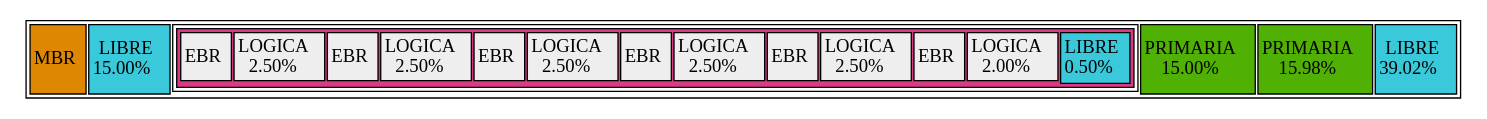
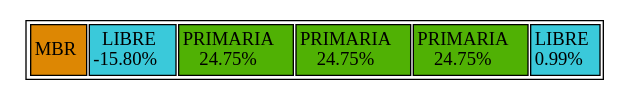
Before and after one commit to elderpum/MIA_Proyecto1_Vacaciones2022: the diagram in Disk_report.dot, drawn with Graphviz. The commit also changed 8 other files, not shown here.

```diff
--- a/Disk_report.dot
+++ b/Disk_report.dot
@@ -1,37 +1,17 @@
 digraph G {
 parent [
 shape=plaintext
 label=<
 <table border='1' cellborder='1'>
 <tr>
 <td rowspan="2" bgcolor ="#dd8703" >MBR</td>
+<td rowspan="2" bgcolor = "#3ac9da">LIBRE<br/>-15.80%</td>
+<td rowspan="2" bgcolor ="#50b104" >PRIMARIA <br/>24.75%</td>
+<td rowspan="2" bgcolor ="#50b104" >PRIMARIA <br/>24.75%</td>
+<td rowspan="2" bgcolor ="#50b104" >PRIMARIA <br/>24.75%</td>
 <td rowspan="2" bgcolor = "#3ac9da">LIBRE<br/>
-15.00%</td>
-<td>
-<table border = "1" cellborder="1" bgcolor="#da3a85">
-<tr>
-<td bgcolor="#eeeeee">EBR</td>
-<td bgcolor="#eeeeee">LOGICA <br/>2.50%</td>
-<td bgcolor="#eeeeee">EBR</td>
-<td bgcolor="#eeeeee">LOGICA <br/>2.50%</td>
-<td bgcolor="#eeeeee">EBR</td>
-<td bgcolor="#eeeeee">LOGICA <br/>2.50%</td>
-<td bgcolor="#eeeeee">EBR</td>
-<td bgcolor="#eeeeee">LOGICA <br/>2.50%</td>
-<td bgcolor="#eeeeee">EBR</td>
-<td bgcolor="#eeeeee">LOGICA <br/>2.50%</td>
-<td bgcolor="#eeeeee">EBR</td>
-<td bgcolor="#eeeeee">LOGICA <br/>2.00%</td>
-<td rowspan="2" bgcolor = "#3ac9da">LIBRE<br/>
-0.50%</td>
-</tr>
-</table>
-</td>
-<td rowspan="2" bgcolor ="#50b104" >PRIMARIA <br/>15.00%</td>
-<td rowspan="2" bgcolor ="#50b104" >PRIMARIA <br/>15.98%</td>
-<td rowspan="2" bgcolor = "#3ac9da">LIBRE<br/>
-39.02%</td>
+0.99%</td>
 </tr>
 </table>
 >];
 }
```
